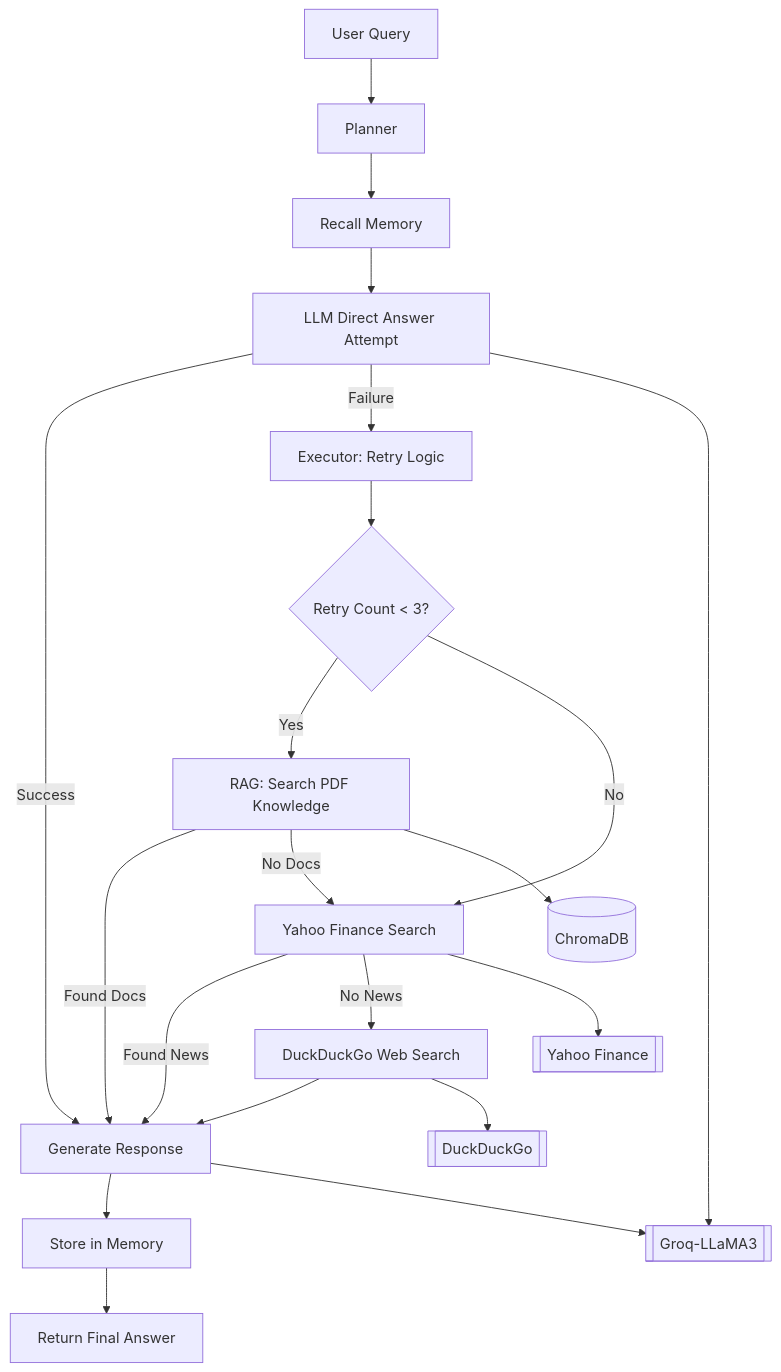
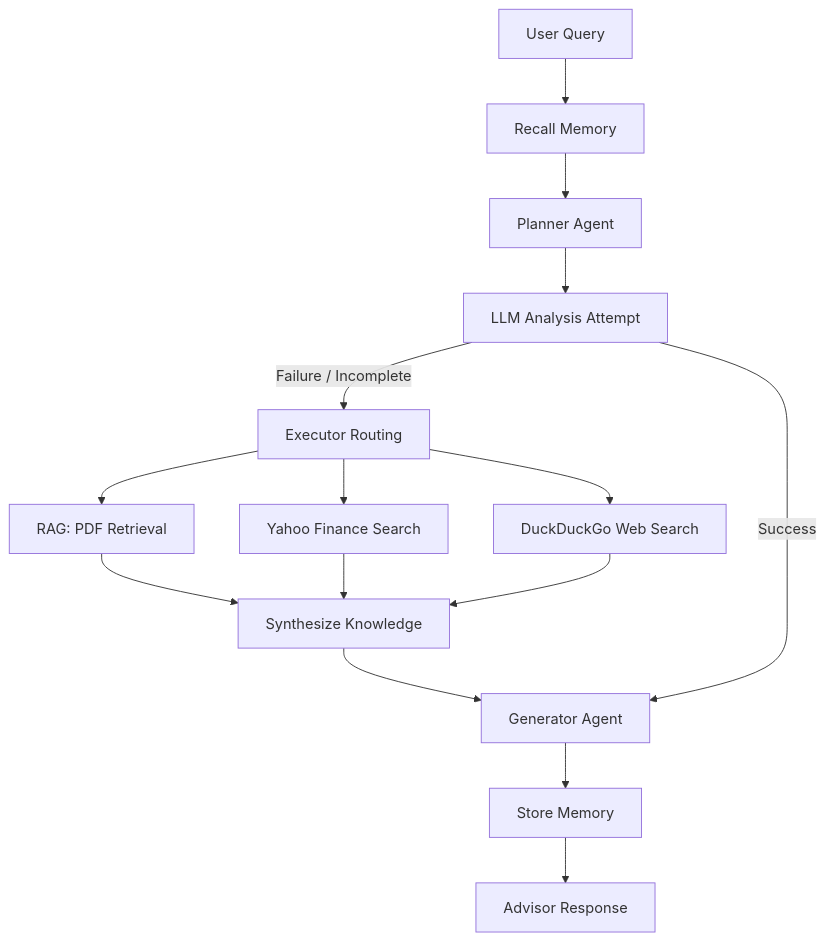
The diagram in README.md (Md-Emon-Hasan/TrueWealth-AI), drawn with Mermaid before and after one commit. The commit also changed other lines of this file and 1 other file, not shown here.

````diff
--- a/README.md
+++ b/README.md
@@ -132,27 +139,17 @@
 ```mermaid
 flowchart TD
-    A[User Query] --> B[Planner]
-    B --> C[Recall Memory]
-    C --> D[LLM Direct Answer Attempt]
-    D -->|Success| E[Generate Response]
-    D -->|Failure| F[Executor: Retry Logic]
-    F --> G{Retry Count < 3?}
-    G -->|Yes| H[RAG: Search PDF Knowledge]
-    G -->|No| I[Yahoo Finance Search]
-    H -->|Found Docs| E
-    H -->|No Docs| I
-    I -->|Found News| E
-    I -->|No News| J[DuckDuckGo Web Search]
-    J --> E
-    E --> K[Store in Memory]
-    K --> L[Return Final Answer]
-
-    %% External Tools
-    H --> M[(ChromaDB)]
-    I --> N[[Yahoo Finance]]
-    J --> O[[DuckDuckGo]]
-    
-    %% LLM Core
-    D --> P[[Groq-LLaMA3]]
-    E --> P
+    A[User Query] --> B[Recall Memory]
+    B --> C[Planner Agent]
+    C --> D[LLM Analysis Attempt]
+    D -->|Failure / Incomplete| E[Executor Routing]
+    E --> F[RAG: PDF Retrieval]
+    E --> G[Yahoo Finance Search]
+    E --> H[DuckDuckGo Web Search]
+    F --> I[Synthesize Knowledge]
+    G --> I
+    H --> I
+    I --> J[Generator Agent]
+    D -->|Success| J
+    J --> K[Store Memory]
+    K --> L[Advisor Response]
 ```
````
